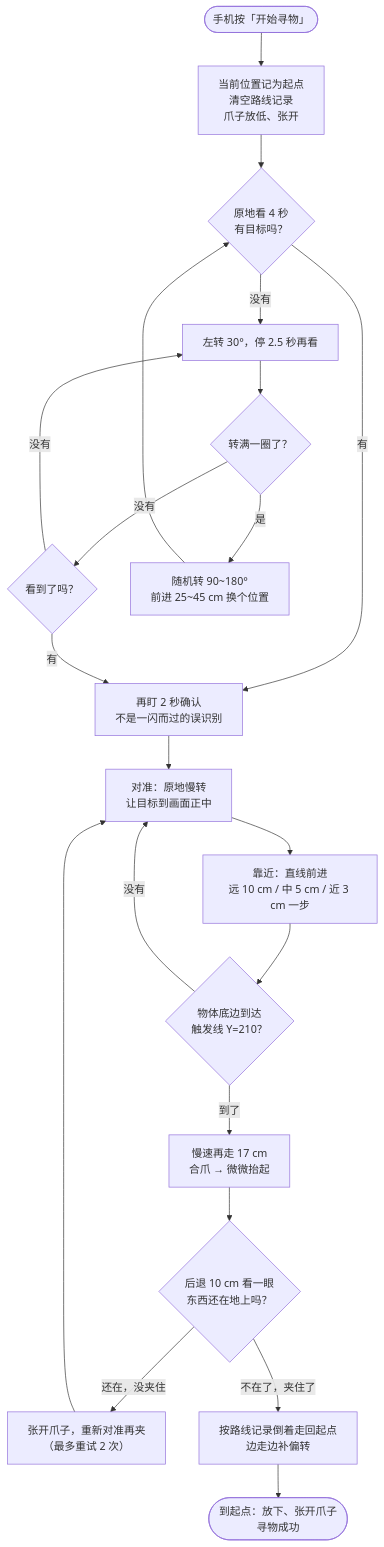
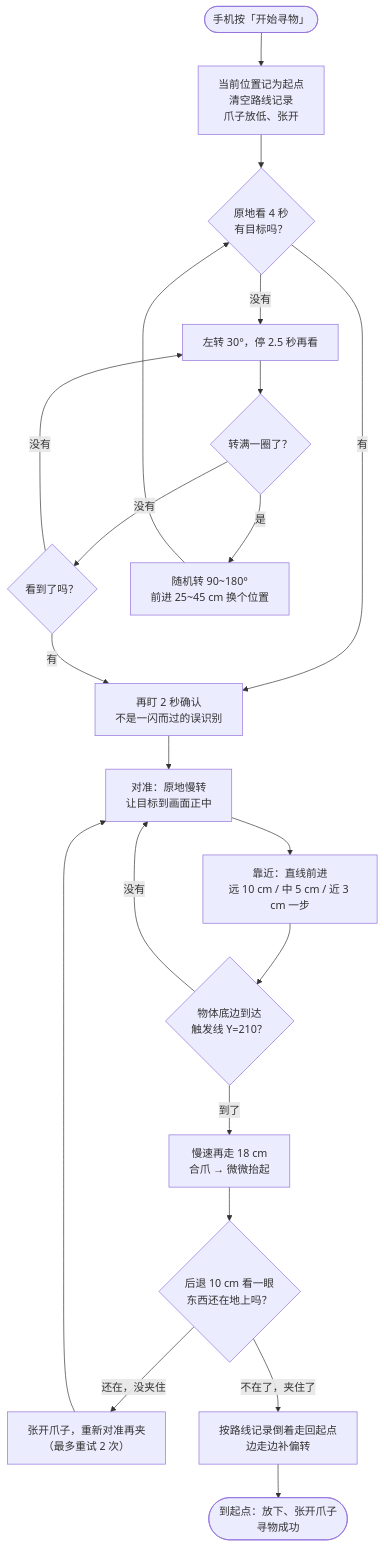
Before and after one commit to crawfordxx/miniauto-fetch-car: the first of 12 diagrams in README.md, drawn with Mermaid. The commit also changed other lines of this file and 2 other files, not shown here.

````diff
--- a/README.md
+++ b/README.md
@@ -51,23 +51,23 @@
 ```mermaid
 flowchart TD
     A(["手机按「开始寻物」"]) --> B["当前位置记为起点<br/>清空路线记录<br/>爪子放低、张开"]
     B --> C{"原地看 4 秒<br/>有目标吗？"}
     C -- 没有 --> D["左转 30°，停 2.5 秒再看"]
     D --> E{"转满一圈了？"}
     E -- 没有 --> C2{"看到了吗？"}
     C2 -- 没有 --> D
     E -- 是 --> F["随机转 90~180°<br/>前进 25~45 cm 换个位置"]
     F --> C
     C -- 有 --> G["再盯 2 秒确认<br/>不是一闪而过的误识别"]
     C2 -- 有 --> G
     G --> H["对准：原地慢转<br/>让目标到画面正中"]
     H --> I["靠近：直线前进<br/>远 10 cm / 中 5 cm / 近 3 cm 一步"]
     I --> J{"物体底边到达<br/>触发线 Y=210？"}
     J -- 没有 --> H
-    J -- 到了 --> K["慢速再走 17 cm<br/>合爪 → 微微抬起"]
+    J -- 到了 --> K["慢速再走 18 cm<br/>合爪 → 微微抬起"]
     K --> L{"后退 10 cm 看一眼<br/>东西还在地上吗？"}
     L -- 还在，没夹住 --> M["张开爪子，重新对准再夹<br/>（最多重试 2 次）"]
     M --> H
     L -- 不在了，夹住了 --> N["按路线记录倒着走回起点<br/>边走边补偏转"]
     N --> O(["到起点：放下、张开爪子<br/>寻物成功"])
 ```
````
